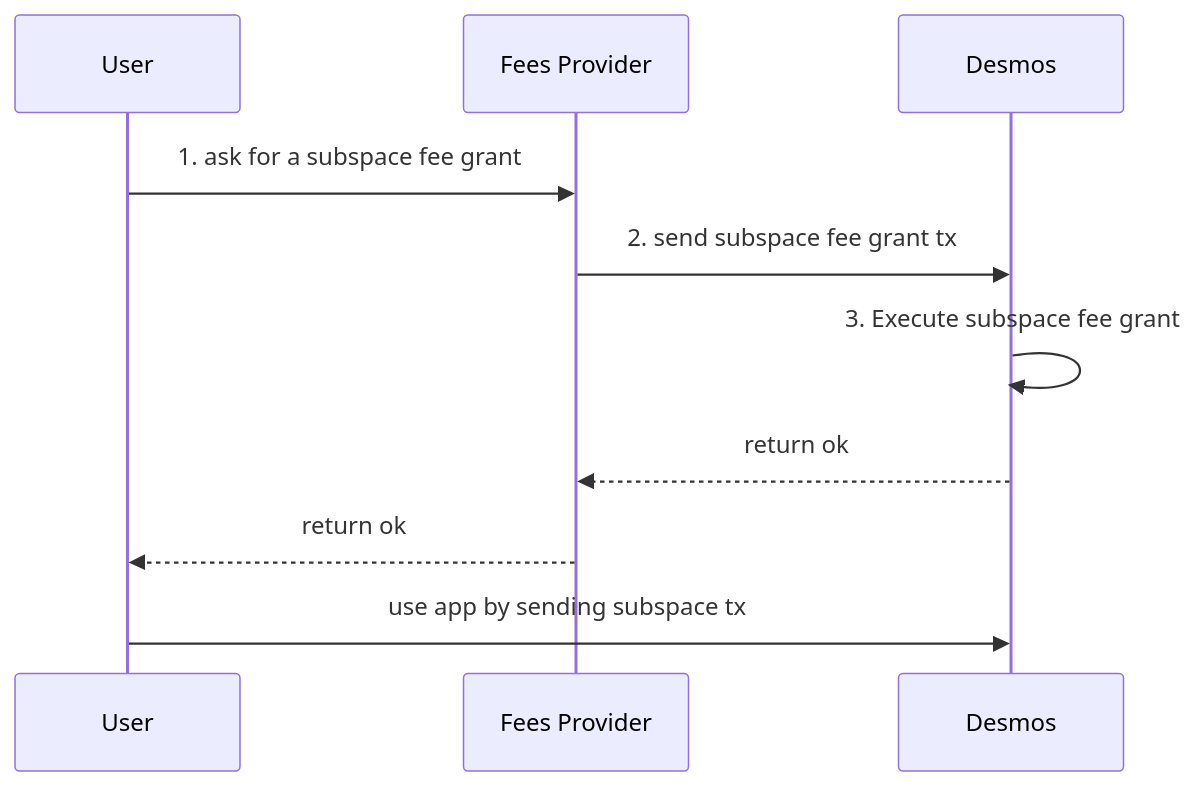
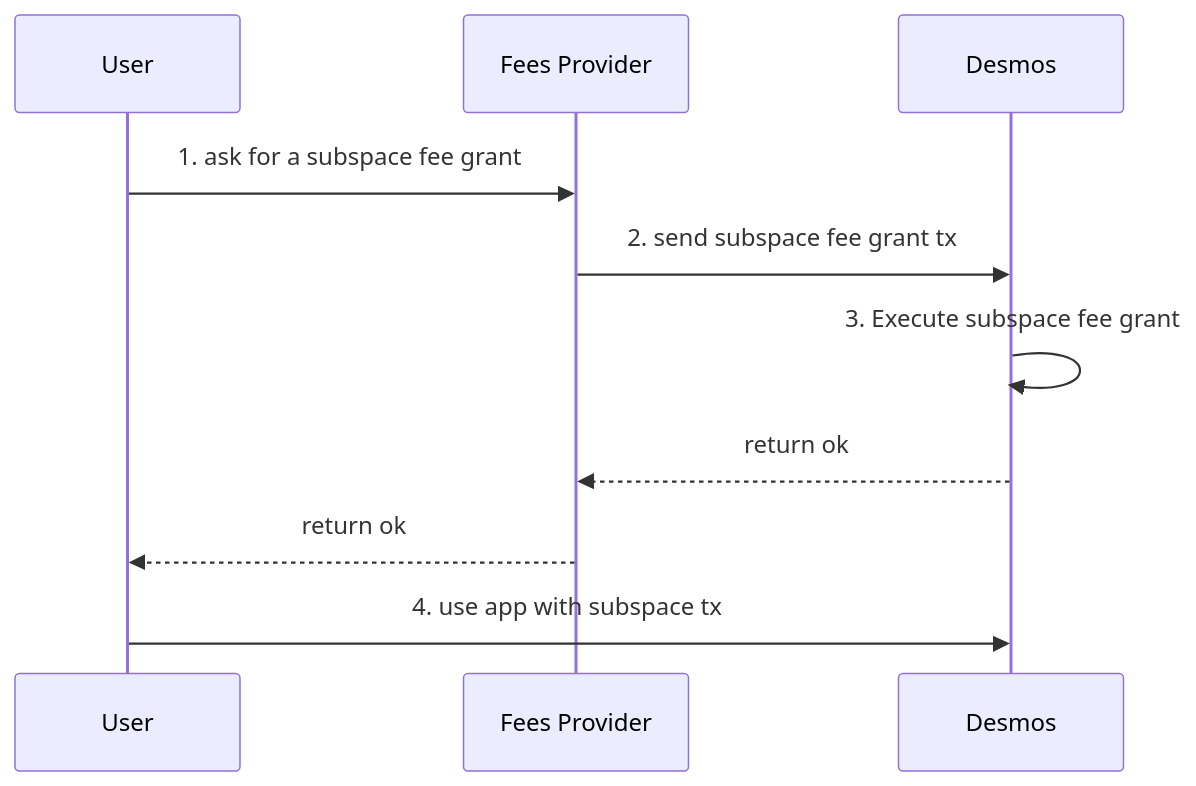
One commit to desmos-labs/desmos changed the first of 2 diagrams in docs/architecture/adr-017-subspace-fee-grant.md. Above: the diagram before and after it, drawn with Mermaid.

Commit message:
docs: add missing number

````diff
--- a/docs/architecture/adr-017-subspace-fee-grant.md
+++ b/docs/architecture/adr-017-subspace-fee-grant.md
@@ -31,14 +31,14 @@
 ```mermaid
 sequenceDiagram
     participant User
     participant Fees Provider
     participant Desmos
     
     User->>Fees Provider: 1. ask for a subspace fee grant
     Fees Provider->>Desmos: 2. send subspace fee grant tx
     Desmos->>Desmos: 3. Execute subspace fee grant
     Desmos-->>Fees Provider:  return ok
     Fees Provider-->>User: return ok
 
-    User->>Desmos: use app by sending subspace tx
+    User->>Desmos: 4. use app with subspace tx
 ```
````
